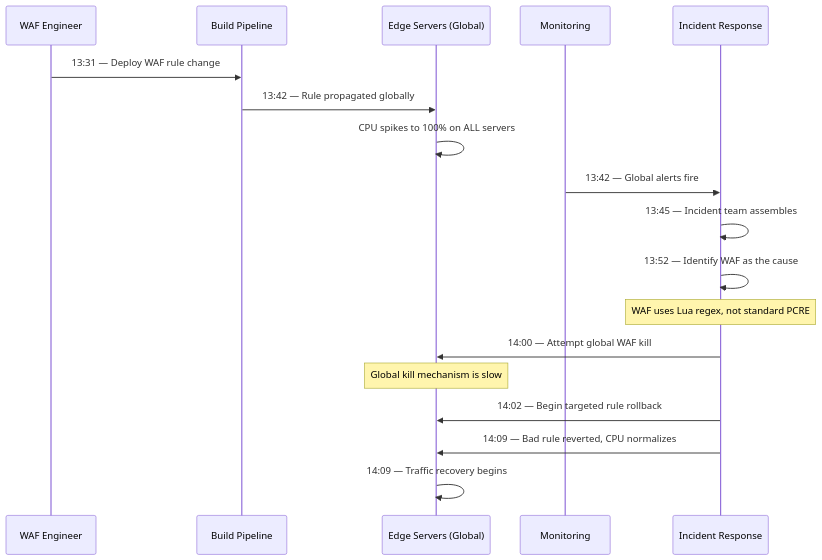
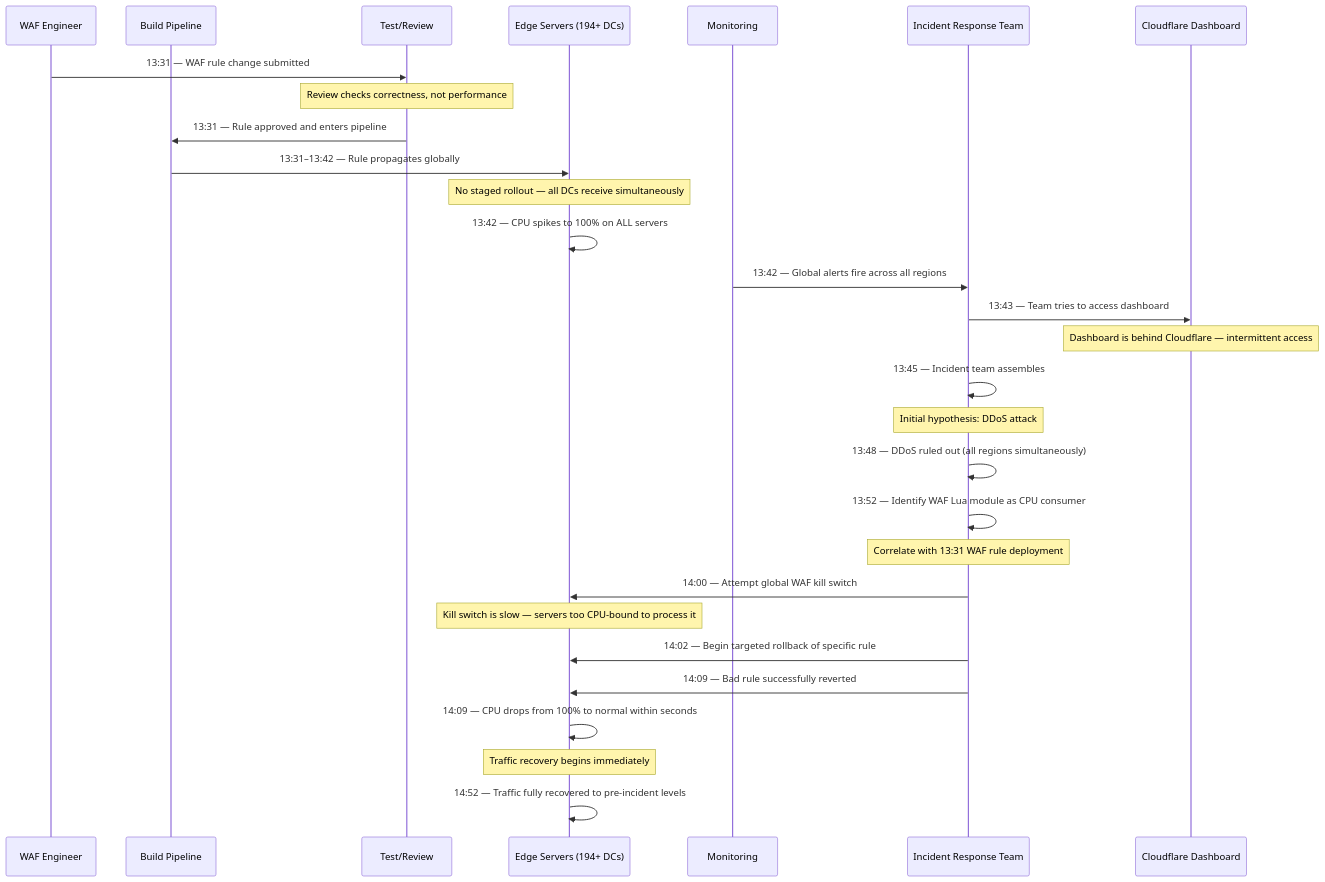
The first of 3 diagrams in docs/war-room/cloudflare-regex-2019.md (ayush-jadaun/knowledge-vault), drawn with Mermaid before and after one commit. The commit also changed other lines of this file and 8 other files, not shown here.

````diff
--- a/docs/war-room/cloudflare-regex-2019.md
+++ b/docs/war-room/cloudflare-regex-2019.md
@@ -37,21 +46,32 @@
 ```mermaid
 sequenceDiagram
     participant Dev as WAF Engineer
     participant CI as Build Pipeline
-    participant Edge as Edge Servers (Global)
+    participant QA as Test/Review
+    participant Edge as Edge Servers (194+ DCs)
     participant Mon as Monitoring
-    participant IRT as Incident Response
+    participant IRT as Incident Response Team
+    participant DNS as Cloudflare Dashboard
 
-    Dev->>CI: 13:31 — Deploy WAF rule change
-    CI->>Edge: 13:42 — Rule propagated globally
-    Edge->>Edge: CPU spikes to 100% on ALL servers
-    Mon->>IRT: 13:42 — Global alerts fire
+    Dev->>QA: 13:31 — WAF rule change submitted
+    Note over QA: Review checks correctness, not performance
+    QA->>CI: 13:31 — Rule approved and enters pipeline
+    CI->>Edge: 13:31–13:42 — Rule propagates globally
+    Note over Edge: No staged rollout — all DCs receive simultaneously
+    Edge->>Edge: 13:42 — CPU spikes to 100% on ALL servers
+    Mon->>IRT: 13:42 — Global alerts fire across all regions
+    IRT->>DNS: 13:43 — Team tries to access dashboard
+    Note over DNS: Dashboard is behind Cloudflare — intermittent access
     IRT->>IRT: 13:45 — Incident team assembles
-    IRT->>IRT: 13:52 — Identify WAF as the cause
-    Note over IRT: WAF uses Lua regex, not standard PCRE
-    IRT->>Edge: 14:00 — Attempt global WAF kill
-    Note over Edge: Global kill mechanism is slow
-    IRT->>Edge: 14:02 — Begin targeted rule rollback
-    IRT->>Edge: 14:09 — Bad rule reverted, CPU normalizes
-    Edge->>Edge: 14:09 — Traffic recovery begins
+    Note over IRT: Initial hypothesis: DDoS attack
+    IRT->>IRT: 13:48 — DDoS ruled out (all regions simultaneously)
+    IRT->>IRT: 13:52 — Identify WAF Lua module as CPU consumer
+    Note over IRT: Correlate with 13:31 WAF rule deployment
+    IRT->>Edge: 14:00 — Attempt global WAF kill switch
+    Note over Edge: Kill switch is slow — servers too CPU-bound to process it
+    IRT->>Edge: 14:02 — Begin targeted rollback of specific rule
+    IRT->>Edge: 14:09 — Bad rule successfully reverted
+    Edge->>Edge: 14:09 — CPU drops from 100% to normal within seconds
+    Note over Edge: Traffic recovery begins immediately
+    Edge->>Edge: 14:52 — Traffic fully recovered to pre-incident levels
 ```
````
